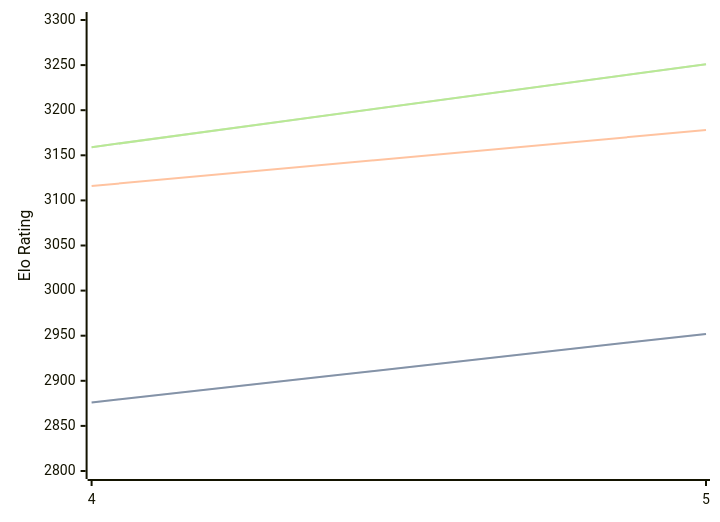
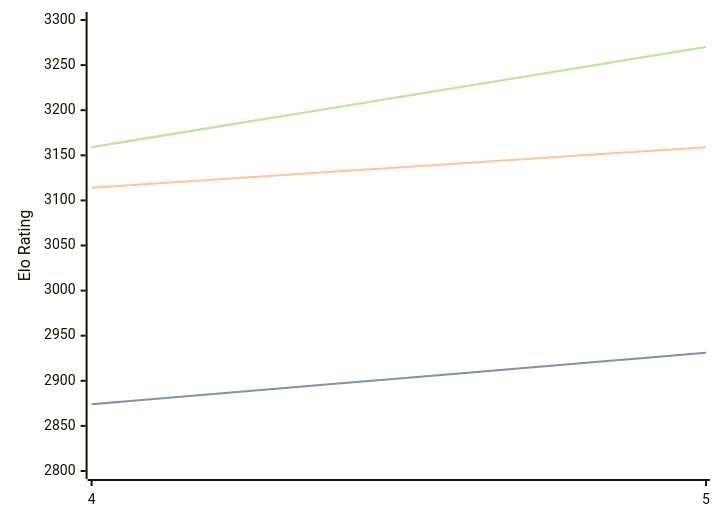
The diagram in engines/Cwtch.md (computer-chess-index/cci), drawn with Mermaid before and after one commit. The commit also changed other lines of this file, not shown here.

Commit message:
Update CCI Ratings (ELO VLTC) - 2026-04-08

````diff
--- a/engines/Cwtch.md
+++ b/engines/Cwtch.md
@@ -34,11 +34,11 @@
 ```mermaid
 %%{init: {"theme":"base","themeVariables":{"seriesColors:['#a3a3a3','#222221','#faa371']}}}%%
 xychart-beta
   x-axis ["4", "5"]
   y-axis "Elo Rating" 2800 --> 3300
-  line "STC (8.0+0.08s)" [2876, 2952]
-  line "STC (8.0+0.08s)" [2876, 2952]
-  line "LTC (60.0+0.60s)" [3116, 3178]
-  line "VLTC (2m24s+1.12s)" [3159, 3251]
-  line "VLTC (2m24s+1.12s)" [3159, 3251]
+  line "STC (8.0+0.08s)" [2874, 2931]
+  line "STC (8.0+0.08s)" [2874, 2931]
+  line "LTC (60.0+0.60s)" [3114, 3159]
+  line "VLTC (2m24s+1.12s)" [3159, 3270]
+  line "VLTC (2m24s+1.12s)" [3159, 3270]
 ```
````
